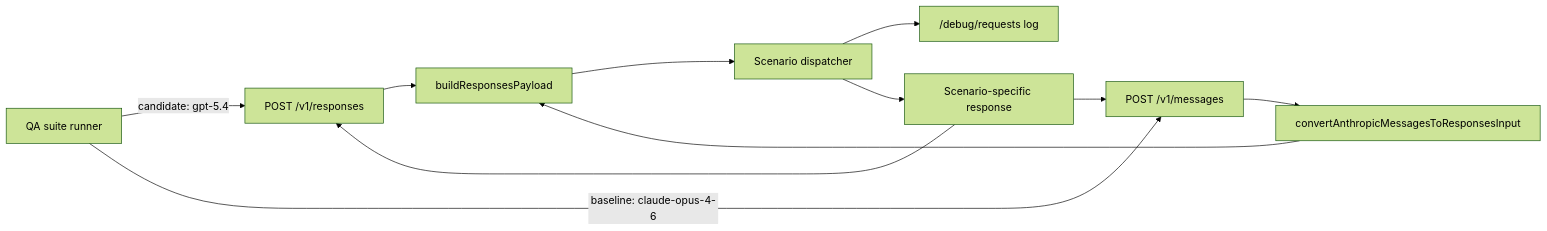
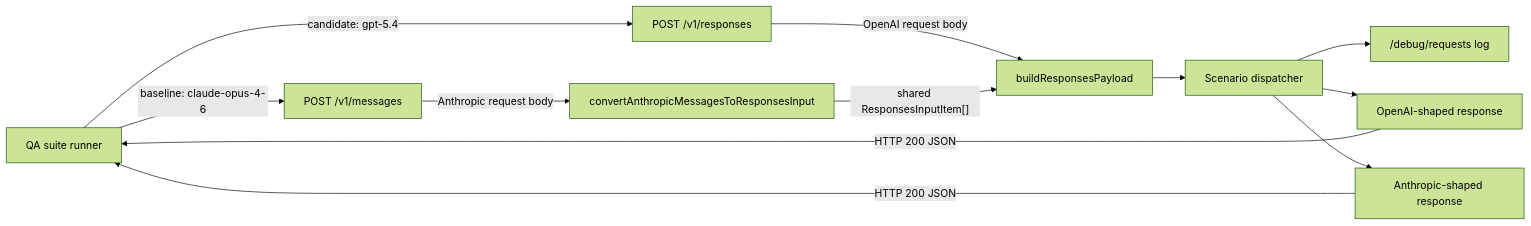
The third of 5 diagrams in docs/help/gpt54-codex-agentic-parity.md (openclaw/openclaw), drawn with Mermaid (forest theme) before and after one commit. The commit also changed other lines of this file and 1 other file, not shown here.

Commit message:
docs(parity): address PR M bot findings (program-status header, CLI flag, diagram cycles, PR M Does-not-own)

````diff
--- a/docs/help/gpt54-codex-agentic-parity.md
+++ b/docs/help/gpt54-codex-agentic-parity.md
@@ -174,13 +192,15 @@
 ```mermaid
 flowchart LR
-    A[QA suite runner] -- "candidate: gpt-5.4" --> B["POST /v1/responses"]
-    A -- "baseline: claude-opus-4-6" --> C["POST /v1/messages"]
-    B --> D[buildResponsesPayload]
-    C --> E[convertAnthropicMessagesToResponsesInput]
-    E --> D
-    D --> F[Scenario dispatcher]
-    F --> G["/debug/requests log"]
-    F --> H[Scenario-specific response]
-    H --> B
-    H --> C
+    Runner[QA suite runner]
+    Runner -- "candidate: gpt-5.4" --> ResponsesRoute["POST /v1/responses"]
+    Runner -- "baseline: claude-opus-4-6" --> MessagesRoute["POST /v1/messages"]
+    ResponsesRoute -- "OpenAI request body" --> Payload[buildResponsesPayload]
+    MessagesRoute -- "Anthropic request body" --> Adapter[convertAnthropicMessagesToResponsesInput]
+    Adapter -- "shared ResponsesInputItem[]" --> Payload
+    Payload --> Dispatcher[Scenario dispatcher]
+    Dispatcher --> DebugLog["/debug/requests log"]
+    Dispatcher --> OpenAIResponse[OpenAI-shaped response]
+    Dispatcher --> AnthropicResponse[Anthropic-shaped response]
+    OpenAIResponse -- "HTTP 200 JSON" --> Runner
+    AnthropicResponse -- "HTTP 200 JSON" --> Runner
 ```
````
